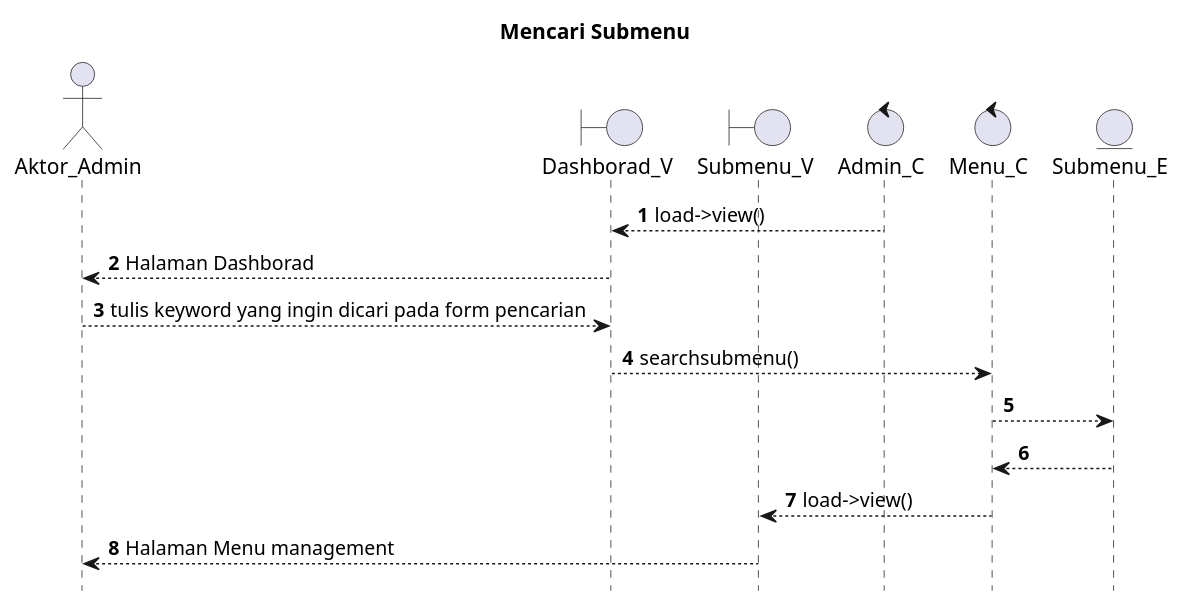
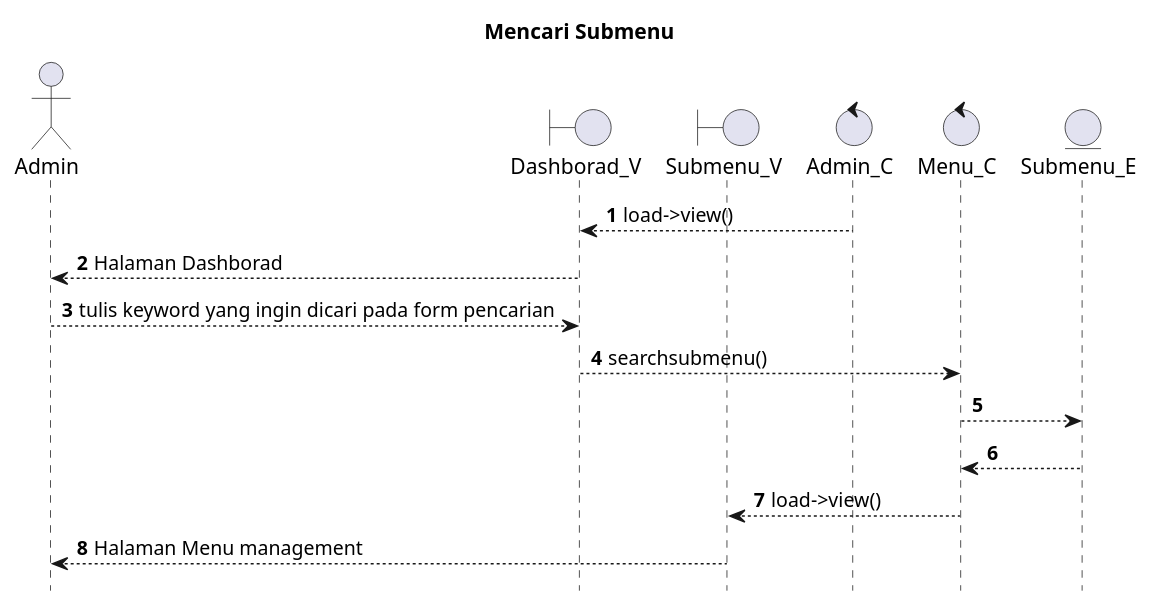
The diagram in SELAIN SISTEM/UML/SEQUENCE/pencarian/admin/SearchSubmenu.puml (kurniado729/sistem_kp), drawn with PlantUML before and after one commit. The commit also changed 185 other files, not shown here.

Commit message:
masukkan sequence di laporan

```diff
--- a/SELAIN SISTEM/UML/SEQUENCE/pencarian/admin/SearchSubmenu.puml
+++ b/SELAIN SISTEM/UML/SEQUENCE/pencarian/admin/SearchSubmenu.puml
@@ -1,24 +1,24 @@
 @startuml
 
 autonumber
 hide footbox
 title Mencari Submenu
 
-Actor Aktor_Admin
+Actor Admin
 boundary Dashborad_V
 boundary Submenu_V
 control Admin_C
 control Menu_C
 Entity Submenu_E
 
 Admin_C --> Dashborad_V: load->view()
-Dashborad_V --> Aktor_Admin: Halaman Dashborad
-Aktor_Admin --> Dashborad_V: tulis keyword yang ingin dicari pada form pencarian
+Dashborad_V --> Admin: Halaman Dashborad
+Admin --> Dashborad_V: tulis keyword yang ingin dicari pada form pencarian
 Dashborad_V --> Menu_C: searchsubmenu()
 Menu_C --> Submenu_E:
     
     Submenu_E --> Menu_C:
     Menu_C --> Submenu_V: load->view()
-    Submenu_V --> Aktor_Admin: Halaman Menu management
+    Submenu_V --> Admin: Halaman Menu management
 
 @enduml
```
